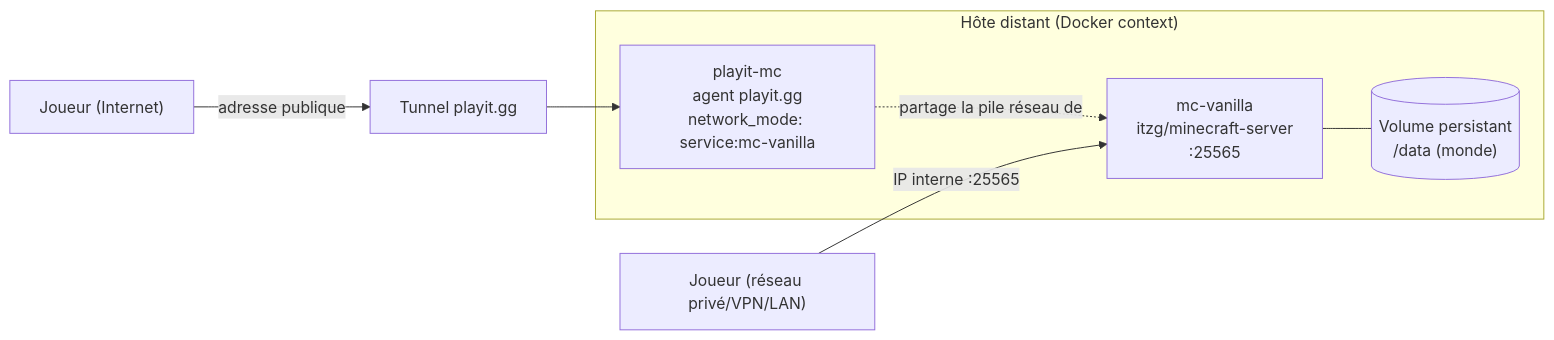
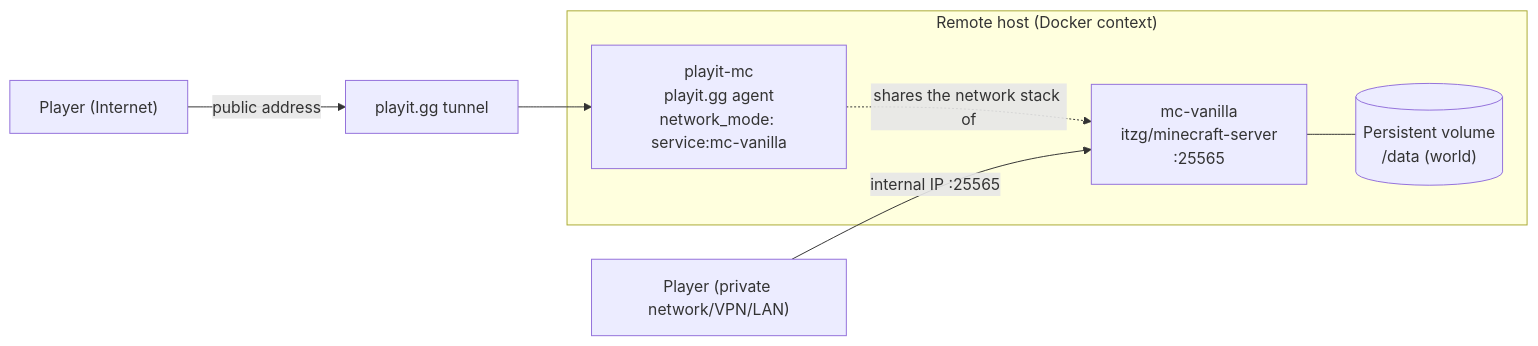
One commit to Alithiel31/Minecraft-Serveur changed the diagram in README.md. Above: the diagram before and after it, drawn with Mermaid. The commit also changed other lines of this file and 5 other files, not shown here.

````diff
--- a/README.md
+++ b/README.md
@@ -37,14 +42,14 @@
 ```mermaid
 flowchart LR
-    subgraph Host["Hôte distant (Docker context)"]
+    subgraph Host["Remote host (Docker context)"]
         MC["mc-vanilla<br/>itzg/minecraft-server<br/>:25565"]
-        PL["playit-mc<br/>agent playit.gg<br/>network_mode: service:mc-vanilla"]
-        VOL[("Volume persistant<br/>/data (monde)")]
-        PL -. "partage la pile réseau de" .-> MC
+        PL["playit-mc<br/>playit.gg agent<br/>network_mode: service:mc-vanilla"]
+        VOL[("Persistent volume<br/>/data (world)")]
+        PL -. "shares the network stack of" .-> MC
         MC --- VOL
     end
 
-    LAN["Joueur (réseau privé/VPN/LAN)"] -- "IP interne :25565" --> MC
-    WAN["Joueur (Internet)"] -- "adresse publique" --> TUNNEL["Tunnel playit.gg"]
+    LAN["Player (private network/VPN/LAN)"] -- "internal IP :25565" --> MC
+    WAN["Player (Internet)"] -- "public address" --> TUNNEL["playit.gg tunnel"]
     TUNNEL --> PL
 ```
````
